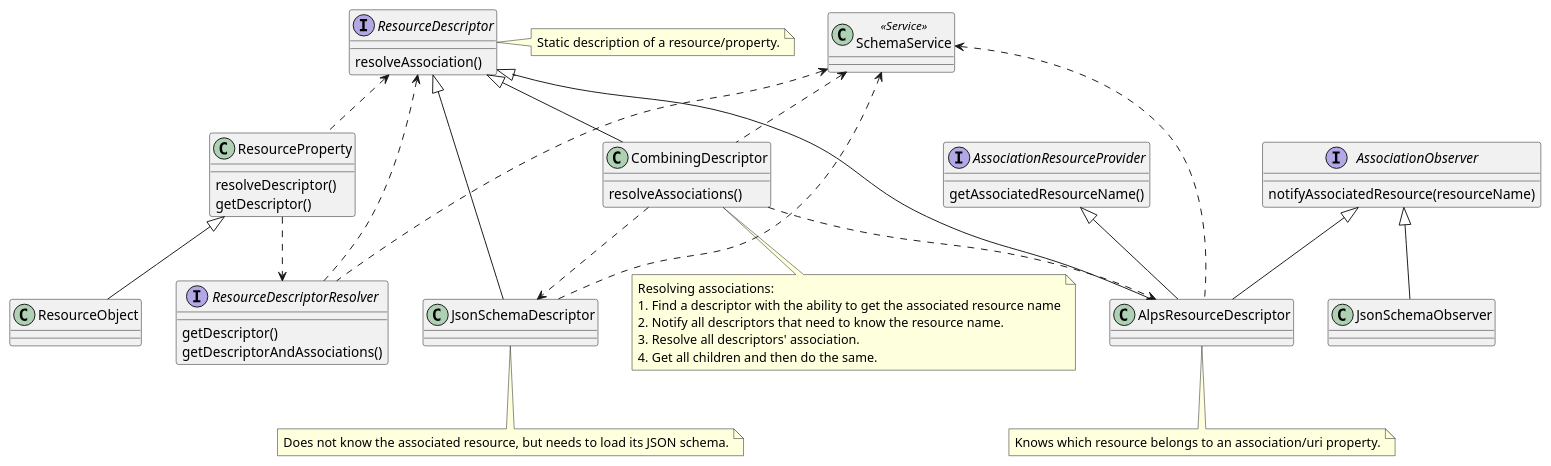
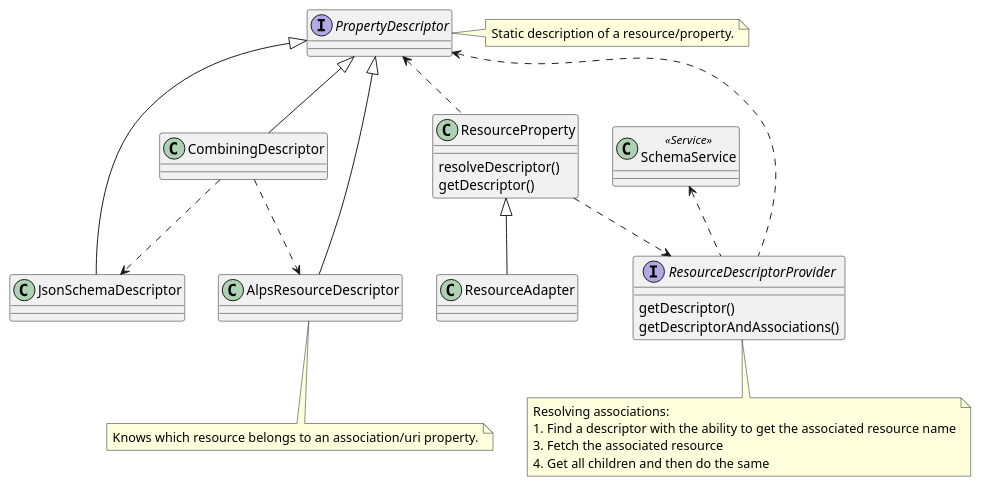
Before and after one commit to huberchrigu/setty-mongo: the diagram in setty-mongo-docs/src/main/plantuml/ui/resource-descriptor.plantuml, drawn with PlantUML.

Commit message:
Changed diagram according to latest refactoring

```diff
--- a/setty-mongo-docs/src/main/plantuml/ui/resource-descriptor.plantuml
+++ b/setty-mongo-docs/src/main/plantuml/ui/resource-descriptor.plantuml
@@ -1,70 +1,50 @@
 @startuml
 class SchemaService<<Service>>
-interface ResourceDescriptorResolver {
+interface ResourceDescriptorProvider {
     getDescriptor()
     getDescriptorAndAssociations()
 }
-interface ResourceDescriptor {
-    resolveAssociation()
+interface PropertyDescriptor {
 }
 class CombiningDescriptor {
-    resolveAssociations()
 }
-class ResourceObject
+class ResourceAdapter
 class ResourceProperty {
     resolveDescriptor()
     getDescriptor()
 }
 class JsonSchemaDescriptor {
 }
 class AlpsResourceDescriptor {
 }
-interface AssociationObserver {
-    notifyAssociatedResource(resourceName)
-}
-interface AssociationResourceProvider {
-    getAssociatedResourceName()
-}
 
-SchemaService <.. ResourceDescriptorResolver
-SchemaService <.. CombiningDescriptor
-SchemaService <.. JsonSchemaDescriptor
-SchemaService <.. AlpsResourceDescriptor
+SchemaService <.. ResourceDescriptorProvider
 
-ResourceProperty <|-- ResourceObject
-ResourceProperty ..> ResourceDescriptorResolver
+ResourceProperty <|-- ResourceAdapter
+ResourceProperty ..> ResourceDescriptorProvider
 
-ResourceDescriptor <.. ResourceProperty
-ResourceDescriptor <|-- JsonSchemaDescriptor
-ResourceDescriptor <|-- AlpsResourceDescriptor
-ResourceDescriptor <|-- CombiningDescriptor
-ResourceDescriptor <.. ResourceDescriptorResolver
+PropertyDescriptor <.. ResourceProperty
+PropertyDescriptor <|-- JsonSchemaDescriptor
+PropertyDescriptor <|-- AlpsResourceDescriptor
+PropertyDescriptor <|-- CombiningDescriptor
+PropertyDescriptor <.. ResourceDescriptorProvider
 
 CombiningDescriptor ..> JsonSchemaDescriptor
 CombiningDescriptor ..> AlpsResourceDescriptor
 
-AssociationObserver <|-- JsonSchemaObserver
-AssociationObserver <|-- AlpsResourceDescriptor
-AssociationResourceProvider <|-- AlpsResourceDescriptor
-
-note right of ResourceDescriptor
+note right of PropertyDescriptor
     Static description of a resource/property.
 end note
 
-note bottom of CombiningDescriptor
+note bottom of ResourceDescriptorProvider
     Resolving associations:
     1. Find a descriptor with the ability to get the associated resource name
-    2. Notify all descriptors that need to know the resource name.
-    3. Resolve all descriptors' association.
-    4. Get all children and then do the same.
+    3. Fetch the associated resource
+    4. Get all children and then do the same
 end note
 
 note bottom of AlpsResourceDescriptor
     Knows which resource belongs to an association/uri property.
 end note
 
-note bottom of JsonSchemaDescriptor
-    Does not know the associated resource, but needs to load its JSON schema.
-end note
-
 @enduml
```
